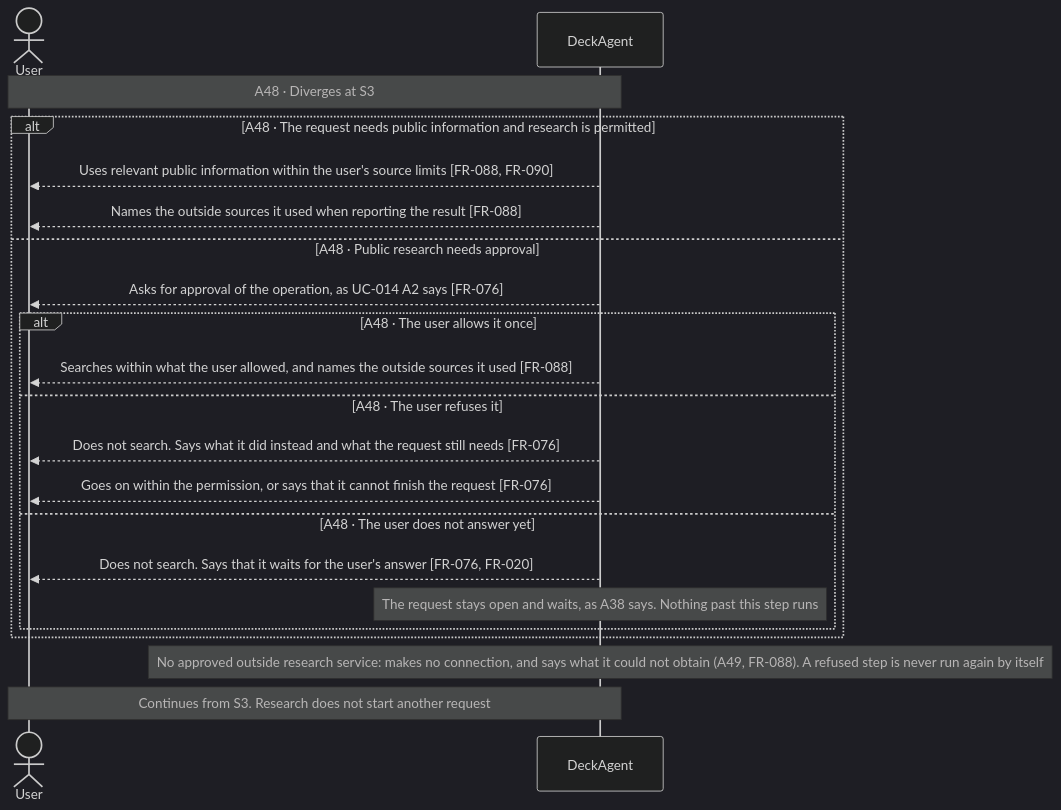
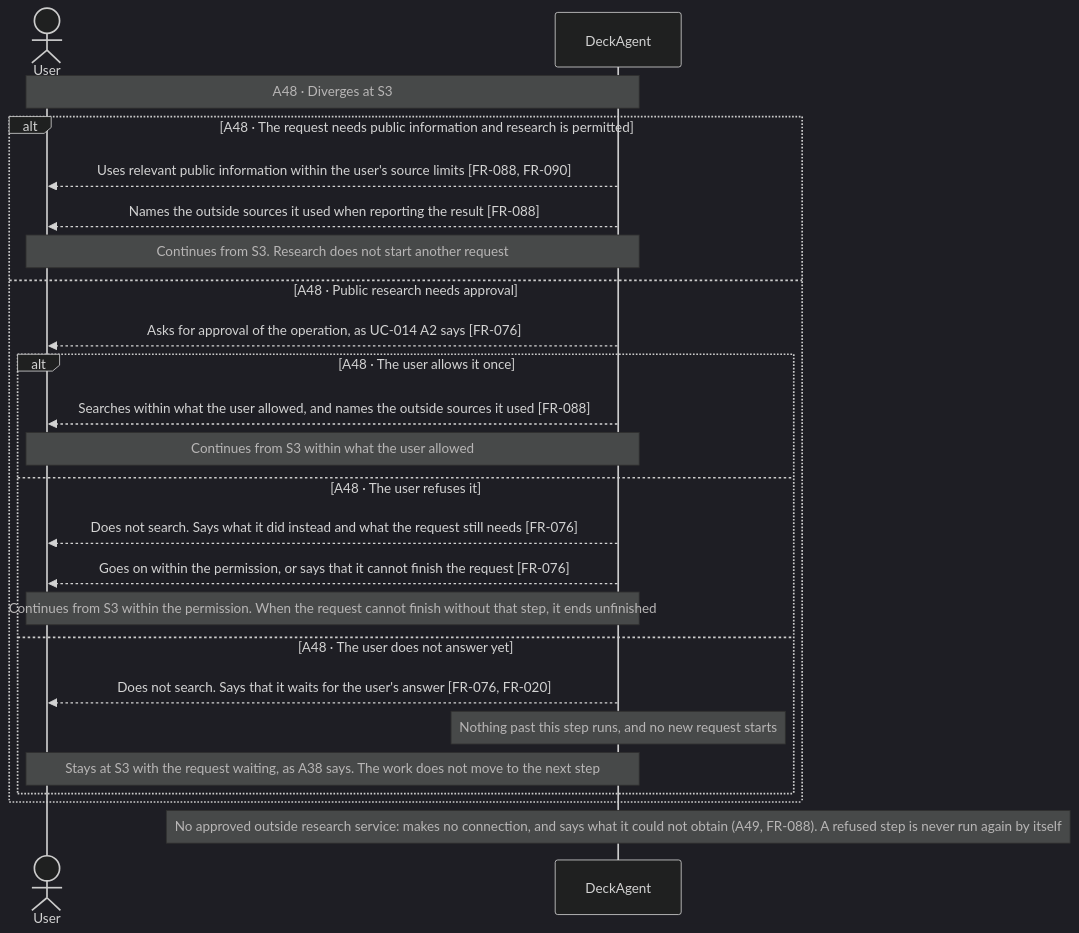
Diagram 29 of 30 in docs/spec/03-use-cases/UC-003.md (Luke23127006/DeckAgent), drawn with Mermaid (dark theme) before and after one commit. The commit also changed other lines of this file and 2 other files, not shown here.

Commit message:
docs(spec): fix public research branch ends and shorten FR statements

````diff
--- a/docs/spec/03-use-cases/UC-003.md
+++ b/docs/spec/03-use-cases/UC-003.md
@@ -423,23 +423,26 @@
 ```mermaid
 sequenceDiagram
     actor User
     participant DeckAgent
     Note over User,DeckAgent: A48 · Diverges at S3
     alt A48 · The request needs public information and research is permitted
         DeckAgent-->>User: Uses relevant public information within the user's source limits [FR-088, FR-090]
         DeckAgent-->>User: Names the outside sources it used when reporting the result [FR-088]
+        Note over User,DeckAgent: Continues from S3. Research does not start another request
     else A48 · Public research needs approval
         DeckAgent-->>User: Asks for approval of the operation, as UC-014 A2 says [FR-076]
         alt A48 · The user allows it once
             DeckAgent-->>User: Searches within what the user allowed, and names the outside sources it used [FR-088]
+            Note over User,DeckAgent: Continues from S3 within what the user allowed
         else A48 · The user refuses it
             DeckAgent-->>User: Does not search. Says what it did instead and what the request still needs [FR-076]
             DeckAgent-->>User: Goes on within the permission, or says that it cannot finish the request [FR-076]
+            Note over User,DeckAgent: Continues from S3 within the permission. When the request cannot finish without that step, it ends unfinished
         else A48 · The user does not answer yet
             DeckAgent-->>User: Does not search. Says that it waits for the user's answer [FR-076, FR-020]
-            note over DeckAgent: The request stays open and waits, as A38 says. Nothing past this step runs
+            note over DeckAgent: Nothing past this step runs, and no new request starts
+            Note over User,DeckAgent: Stays at S3 with the request waiting, as A38 says. The work does not move to the next step
         end
     end
     note over DeckAgent: No approved outside research service: makes no connection, and says what it could not obtain (A49, FR-088). A refused step is never run again by itself
-    Note over User,DeckAgent: Continues from S3. Research does not start another request
 ```
````
